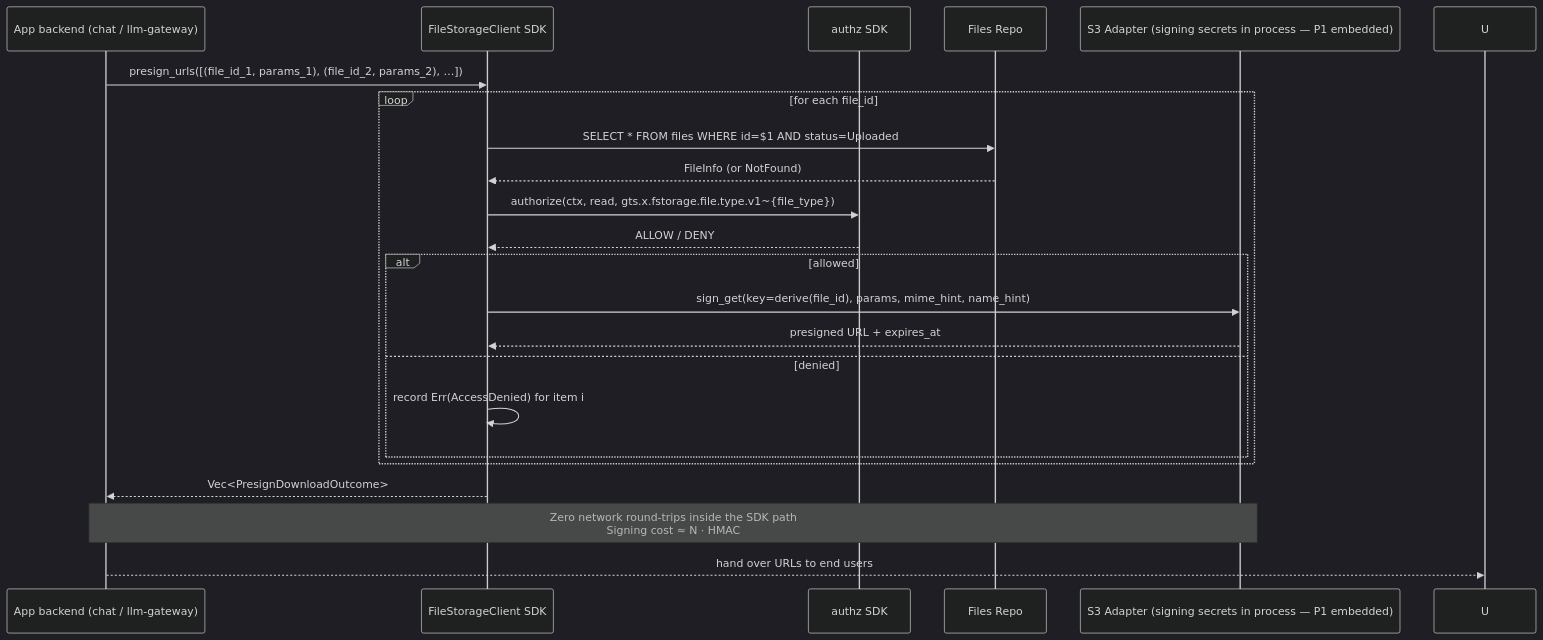
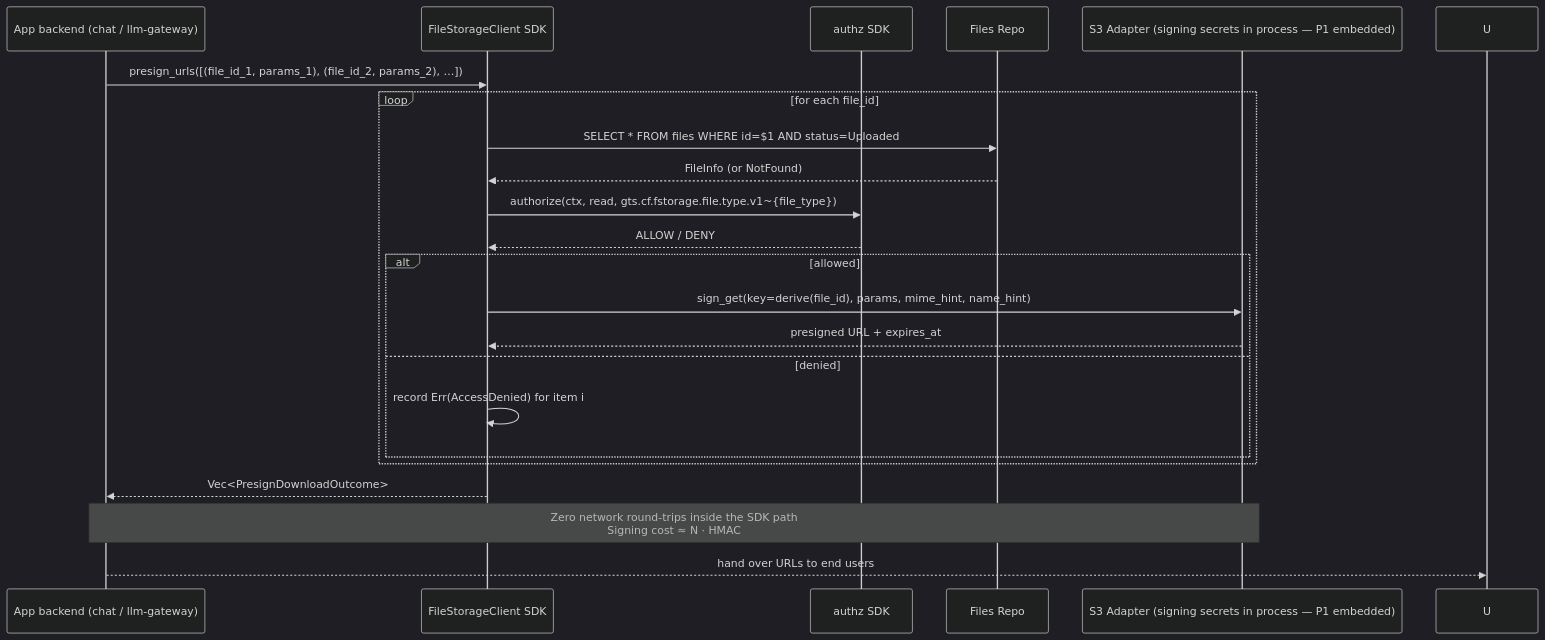
The fourth of 5 diagrams in modules/file-storage/docs/DESIGN.md (ffedoroff/cyberfabric-core), drawn with Mermaid (dark theme) before and after one commit. The commit also changed other lines of this file and 3 other files, not shown here.

````diff
--- a/modules/file-storage/docs/DESIGN.md
+++ b/modules/file-storage/docs/DESIGN.md
@@ -761,25 +761,25 @@
 ```mermaid
 sequenceDiagram
     participant C as App backend (chat / llm-gateway)
     participant SDK as FileStorageClient SDK
     participant AZ as authz SDK
     participant REPO as Files Repo
     participant S3A as S3 Adapter (signing secrets in process — P1 embedded)
 
     C->>SDK: presign_urls([(file_id_1, params_1), (file_id_2, params_2), …])
     loop for each file_id
         SDK->>REPO: SELECT * FROM files WHERE id=$1 AND status=Uploaded
         REPO-->>SDK: FileInfo (or NotFound)
-        SDK->>AZ: authorize(ctx, read, gts.x.fstorage.file.type.v1~{file_type})
+        SDK->>AZ: authorize(ctx, read, gts.cf.fstorage.file.type.v1~{file_type})
         AZ-->>SDK: ALLOW / DENY
         alt allowed
             SDK->>S3A: sign_get(key=derive(file_id), params, mime_hint, name_hint)
             S3A-->>SDK: presigned URL + expires_at
         else denied
             SDK->>SDK: record Err(AccessDenied) for item i
         end
     end
     SDK-->>C: Vec<PresignDownloadOutcome>
     Note over C,S3A: Zero network round-trips inside the SDK path<br/>Signing cost ≈ N · HMAC
     C-->>U: hand over URLs to end users
 ```
````
